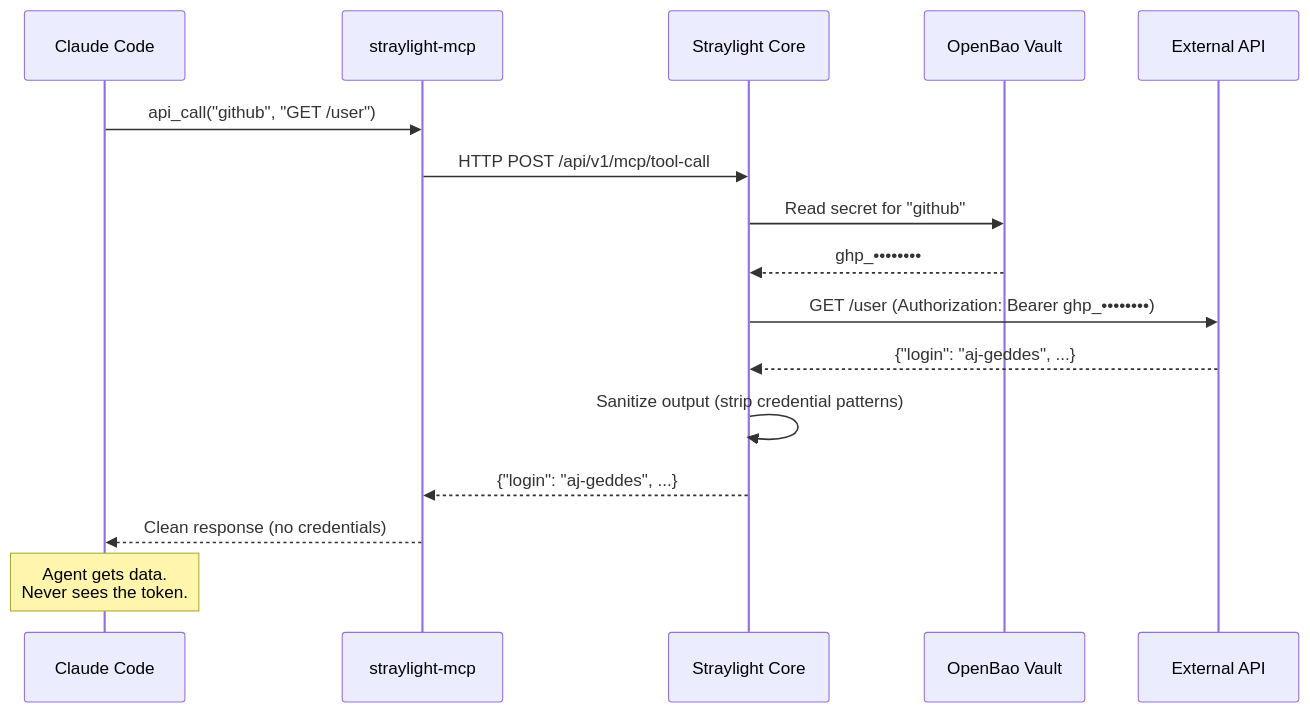
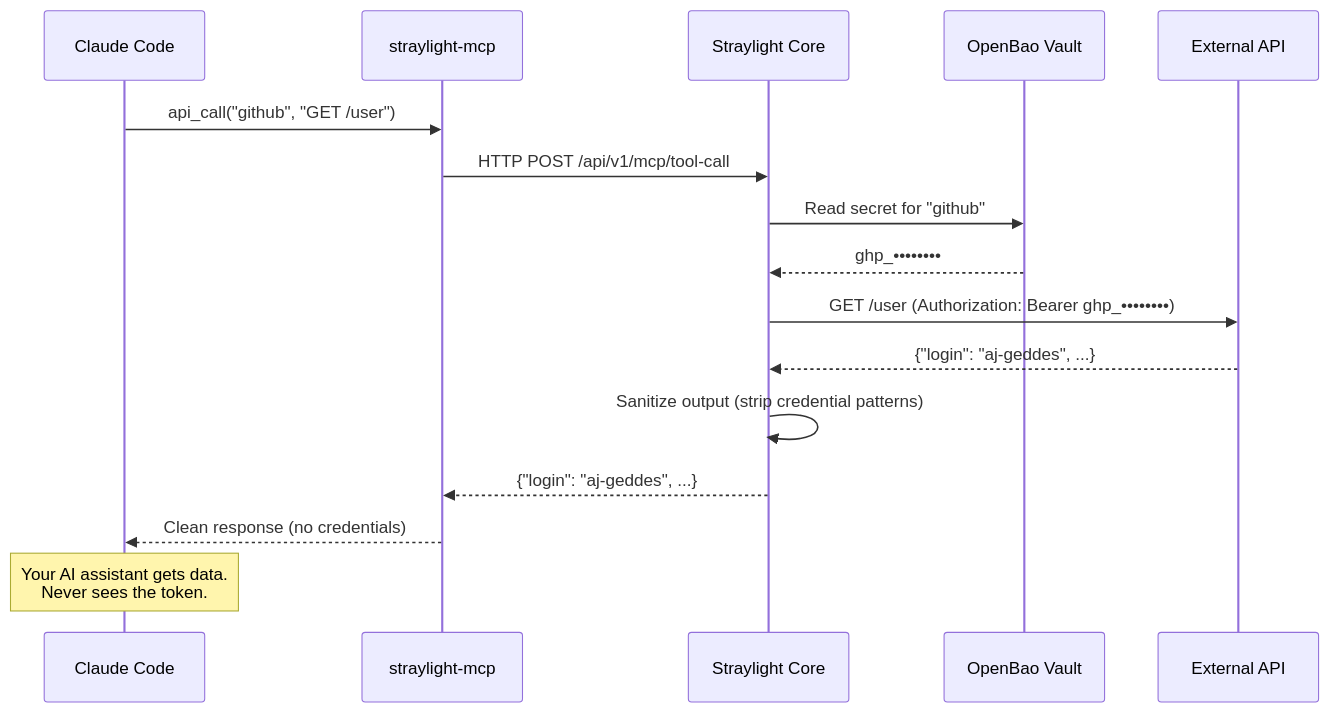
One commit to aj-geddes/straylight-ai changed the second of 2 diagrams in README.md. Above: the diagram before and after it, drawn with Mermaid. The commit also changed other lines of this file, not shown here.

````diff
--- a/README.md
+++ b/README.md
@@ -102,20 +112,20 @@
 ```mermaid
 sequenceDiagram
-    participant Agent as Claude Code
+    participant Dev as Claude Code
     participant MCP as straylight-mcp
     participant Core as Straylight Core
     participant Vault as OpenBao Vault
     participant API as External API
 
-    Agent->>MCP: api_call("github", "GET /user")
+    Dev->>MCP: api_call("github", "GET /user")
     MCP->>Core: HTTP POST /api/v1/mcp/tool-call
     Core->>Vault: Read secret for "github"
     Vault-->>Core: ghp_••••••••
     Core->>API: GET /user (Authorization: Bearer ghp_••••••••)
     API-->>Core: {"login": "aj-geddes", ...}
     Core->>Core: Sanitize output (strip credential patterns)
     Core-->>MCP: {"login": "aj-geddes", ...}
-    MCP-->>Agent: Clean response (no credentials)
+    MCP-->>Dev: Clean response (no credentials)
 
-    Note over Agent: Agent gets data.<br/>Never sees the token.
+    Note over Dev: Your AI assistant gets data.<br/>Never sees the token.
 ```
````
